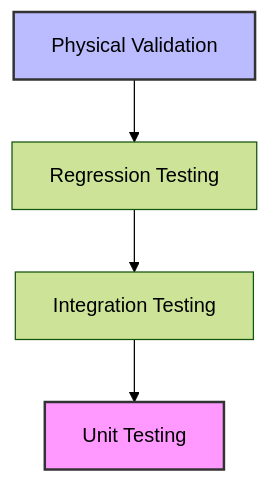
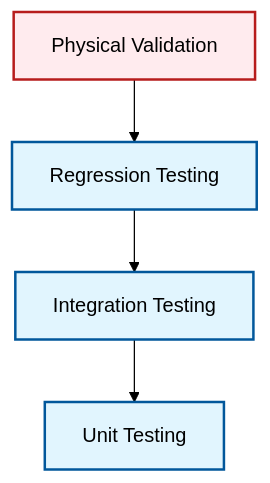
One commit to wramet/build-my-cfd changed the first of 3 diagrams in MODULE_08_TESTING_VALIDATION/CONTENT/01_VERIFICATION_FUNDAMENTALS/01_Introduction.md. Above: the diagram before and after it, drawn with Mermaid (forest theme). The commit also changed other lines of this file and 313 other files, not shown here.

Commit message:
Revise all diagram

````diff
--- a/MODULE_08_TESTING_VALIDATION/CONTENT/01_VERIFICATION_FUNDAMENTALS/01_Introduction.md
+++ b/MODULE_08_TESTING_VALIDATION/CONTENT/01_VERIFICATION_FUNDAMENTALS/01_Introduction.md
@@ -9,8 +9,8 @@
 ```mermaid
-graph TD
-    A[Physical Validation] --> B[Regression Testing]
-    B --> C[Integration Testing]
-    C --> D[Unit Testing]
-    style D fill:#f9f,stroke:#333,stroke-width:2px
-    style A fill:#bbf,stroke:#333,stroke-width:2px
+flowchart TD
+classDef implicit fill:#e1f5fe,stroke:#01579b,stroke-width:2px
+classDef explicit fill:#ffebee,stroke:#b71c1c,stroke-width:2px
+A[Physical Validation]:::explicit --> B[Regression Testing]:::implicit
+B --> C[Integration Testing]:::implicit
+C --> D[Unit Testing]:::implicit
 ```
````
